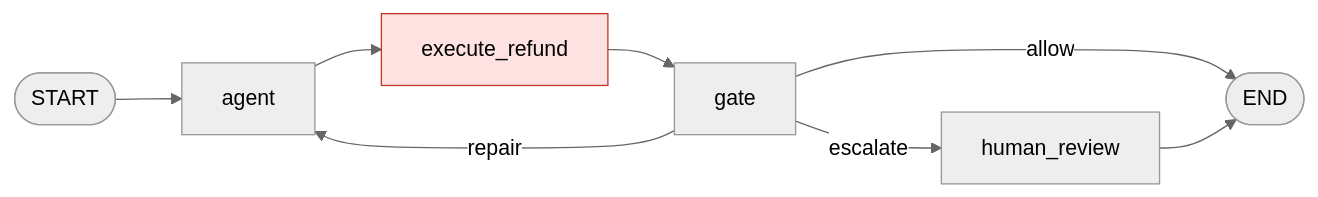
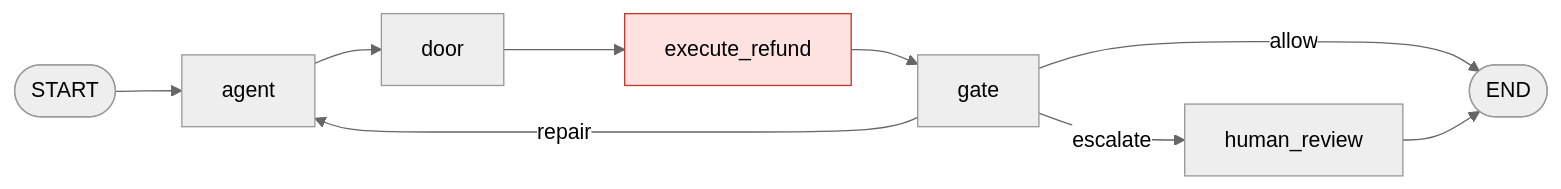
The second of 2 diagrams in README.md (Gebra-Tech/ontology-gate-langgraph), drawn with Mermaid (neutral theme) before and after one commit. The commit also changed other lines of this file and 11 other files, not shown here.

````diff
--- a/README.md
+++ b/README.md
@@ -63,12 +66,13 @@
 ```mermaid
 flowchart LR
     start_node([START]) --> agent
-    agent --> execute_refund
+    agent --> door
+    door --> execute_refund
     execute_refund --> gate
     gate -- allow --> end_node([END])
     gate -- repair --> agent
     gate -- escalate --> human_review
     human_review --> end_node
     classDef write fill:#fde2e1,stroke:#c0392b,color:#000
     class execute_refund write
 ```
````
